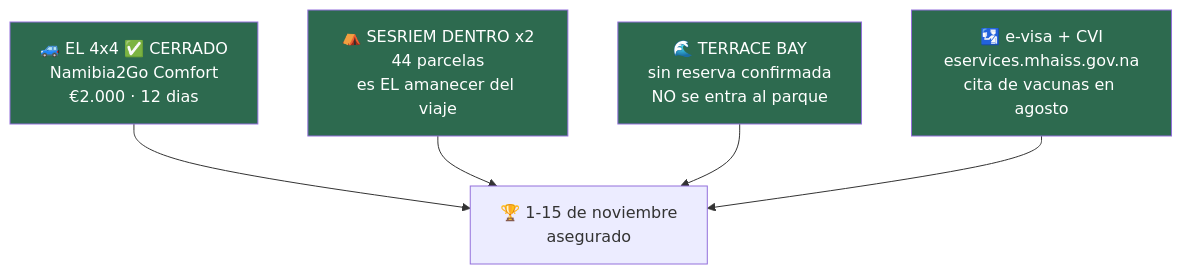
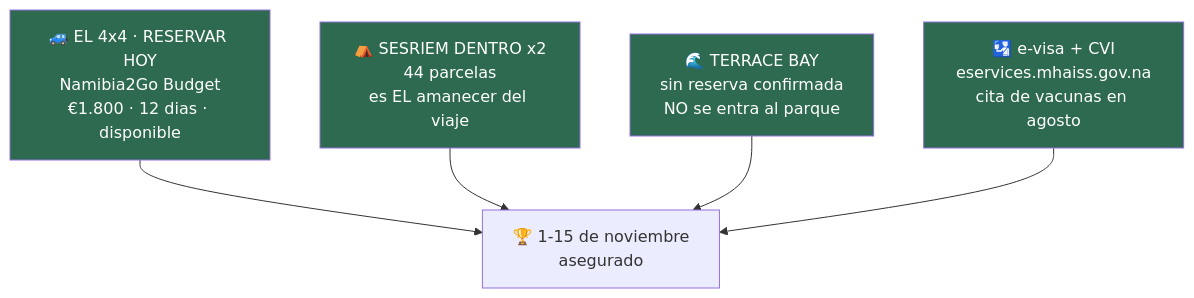
Before and after one commit to morandeirachema/namibia: the seventh of 8 diagrams in README.md, drawn with Mermaid. The commit also changed other lines of this file, not shown here.

````diff
--- a/README.md
+++ b/README.md
@@ -330,15 +374,15 @@
 ```mermaid
 flowchart TD
-    A["🚙 EL 4x4 ✅ CERRADO<br/>Namibia2Go Comfort<br/>€2.000 · 12 dias"]
+    A["🚙 EL 4x4 · RESERVAR HOY<br/>Namibia2Go Budget<br/>€1.800 · 12 dias · disponible"]
     B["⛺ SESRIEM DENTRO x2<br/>44 parcelas<br/>es EL amanecer del viaje"]
     C["🌊 TERRACE BAY<br/>sin reserva confirmada<br/>NO se entra al parque"]
     D["🛂 e-visa + CVI<br/>eservices.mhaiss.gov.na<br/>cita de vacunas en agosto"]
     A --> E["🏆 1-15 de noviembre<br/>asegurado"]
     B --> E
     C --> E
     D --> E
     style A fill:#2d6a4f,color:#fff
     style B fill:#2d6a4f,color:#fff
     style C fill:#2d6a4f,color:#fff
     style D fill:#2d6a4f,color:#fff
 ```
````
